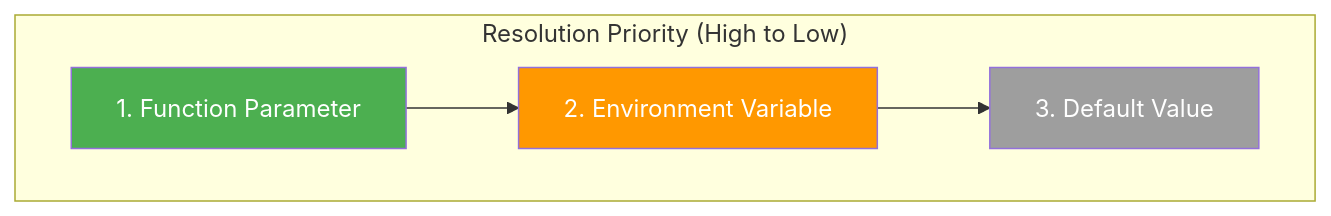
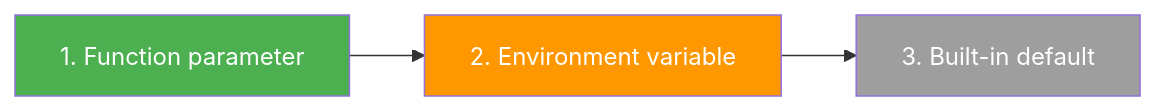
Before and after one commit to farchanjo/ssh-mcp: the first of 2 diagrams in docs/CONFIGURATION.md, drawn with Mermaid. The commit also changed other lines of this file and 3 other files, not shown here.

````diff
--- a/docs/CONFIGURATION.md
+++ b/docs/CONFIGURATION.md
@@ -16,16 +11,9 @@
 ```mermaid
 flowchart LR
-    subgraph Priority["Resolution Priority (High to Low)"]
-        direction LR
-        P1["1. Function Parameter"]
-        P2["2. Environment Variable"]
-        P3["3. Default Value"]
-
-        P1 --> P2
-        P2 --> P3
-    end
+    P1["1. Function parameter"] --> P2["2. Environment variable"]
+    P2 --> P3["3. Built-in default"]
 
     style P1 fill:#4caf50,color:#fff
     style P2 fill:#ff9800,color:#fff
     style P3 fill:#9e9e9e,color:#fff
 ```
````
